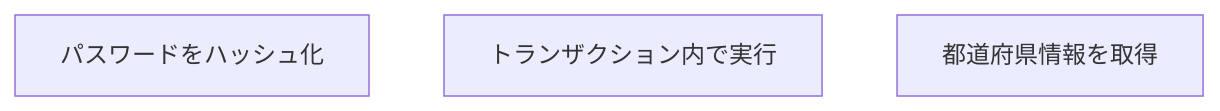
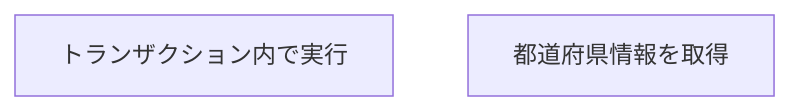
Before and after one commit to Tomy-ch/go-boilerplate: the fourth of 12 diagrams in internal/usecase/README.ja.md, drawn with Mermaid. The commit also changed other lines of this file and 47 other files, not shown here.

````diff
--- a/internal/usecase/README.ja.md
+++ b/internal/usecase/README.ja.md
@@ -126,6 +126,5 @@
 ```mermaid
 flowchart TB
-    A["パスワードをハッシュ化"]
-    B["トランザクション内で実行"]
-    C["都道府県情報を取得"]
+    A["トランザクション内で実行"]
+    B["都道府県情報を取得"]
 ```
````
